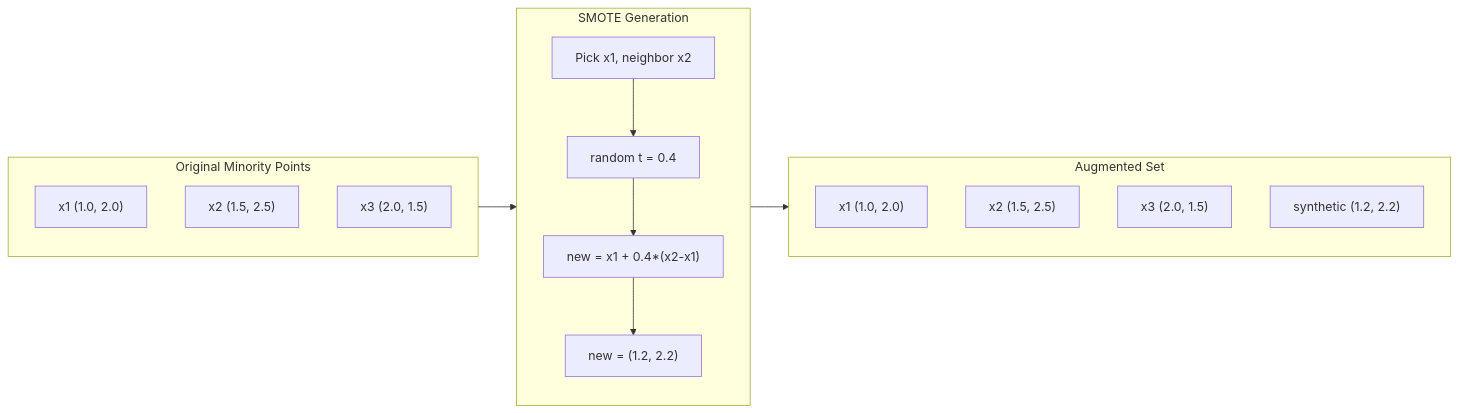
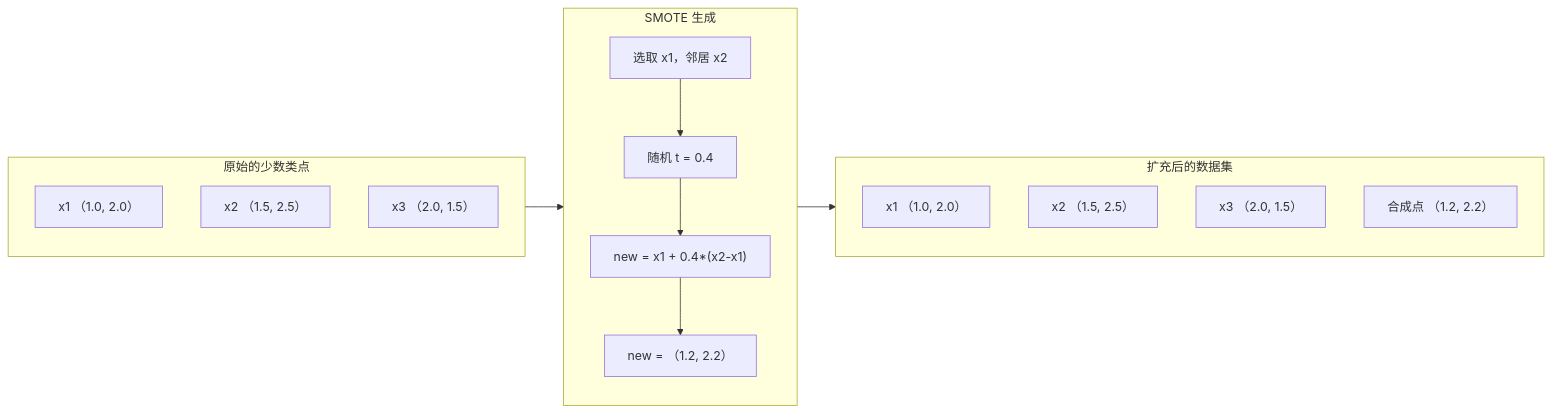
Before and after one commit to JerryC8080/ai-engineering-from-scratch-zh: the second of 4 diagrams in phases/02-ml-fundamentals/17-imbalanced-data/docs/zh.md, drawn with Mermaid. The commit also changed other lines of this file and 156 other files, not shown here.

First line of the commit message:
i18n(zh): translate mermaid diagram labels in 157 lesson zh.md

````diff
--- a/phases/02-ml-fundamentals/17-imbalanced-data/docs/zh.md
+++ b/phases/02-ml-fundamentals/17-imbalanced-data/docs/zh.md
@@ -92,24 +92,24 @@
 ```mermaid
 flowchart LR
-    subgraph Original["Original Minority Points"]
-        P1["x1 (1.0, 2.0)"]
-        P2["x2 (1.5, 2.5)"]
-        P3["x3 (2.0, 1.5)"]
+    subgraph Original["原始的少数类点"]
+        P1["x1 （1.0, 2.0）"]
+        P2["x2 （1.5, 2.5）"]
+        P3["x3 （2.0, 1.5）"]
     end
-    subgraph SMOTE["SMOTE Generation"]
+    subgraph SMOTE["SMOTE 生成"]
         direction TB
-        S1["Pick x1, neighbor x2"]
-        S2["random t = 0.4"]
+        S1["选取 x1，邻居 x2"]
+        S2["随机 t = 0.4"]
         S3["new = x1 + 0.4*(x2-x1)"]
-        S4["new = (1.2, 2.2)"]
+        S4["new = （1.2, 2.2）"]
         S1 --> S2 --> S3 --> S4
     end
     Original --> SMOTE
-    subgraph Result["Augmented Set"]
-        R1["x1 (1.0, 2.0)"]
-        R2["x2 (1.5, 2.5)"]
-        R3["x3 (2.0, 1.5)"]
-        R4["synthetic (1.2, 2.2)"]
+    subgraph Result["扩充后的数据集"]
+        R1["x1 （1.0, 2.0）"]
+        R2["x2 （1.5, 2.5）"]
+        R3["x3 （2.0, 1.5）"]
+        R4["合成点 （1.2, 2.2）"]
     end
     SMOTE --> Result
 ```
````
